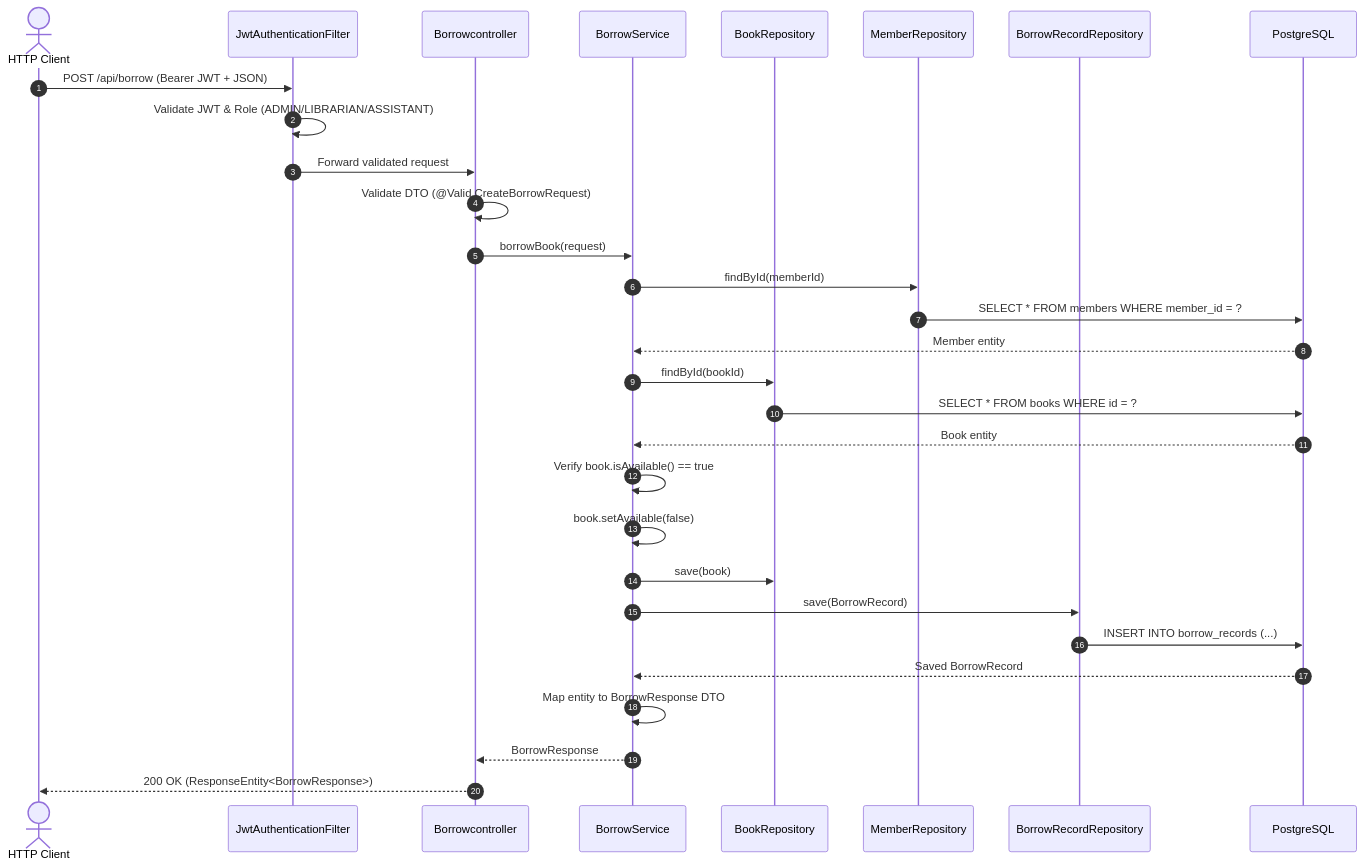
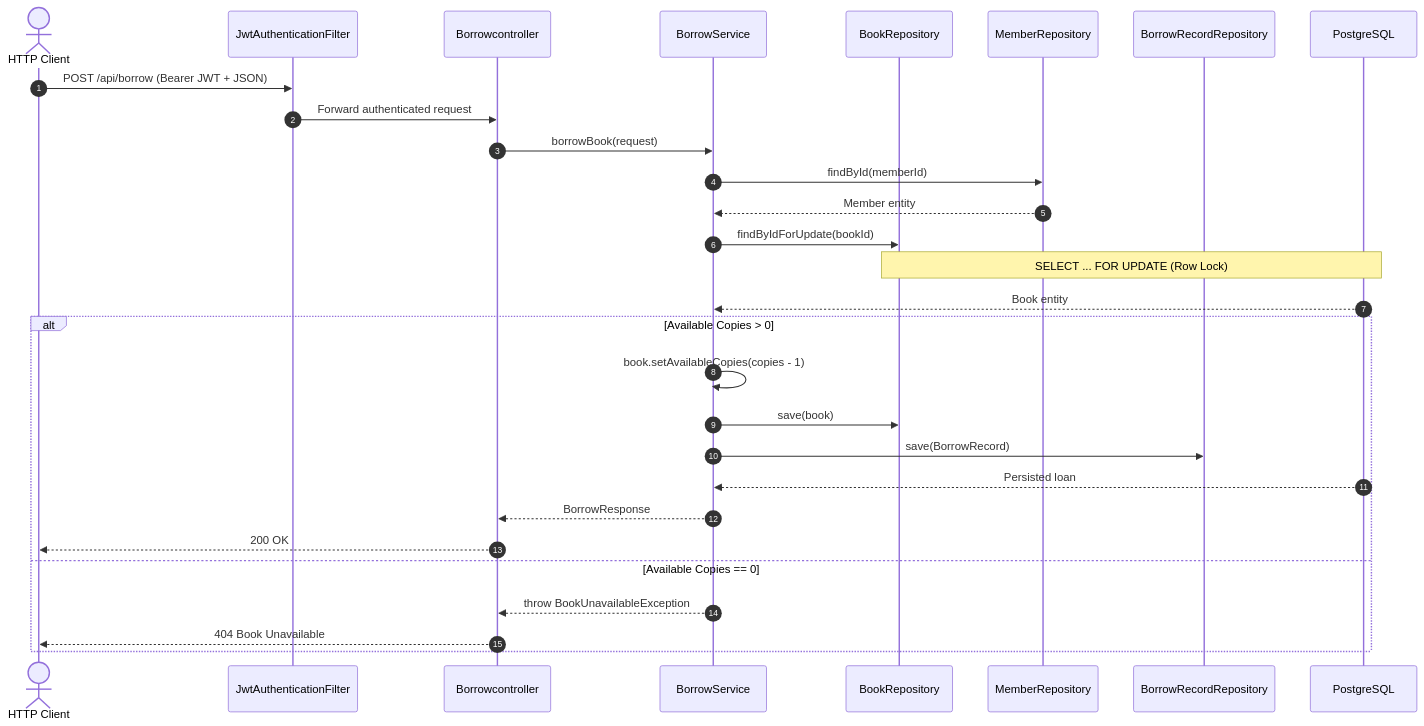
The first of 2 diagrams in docs/ARCHITECTURE.md (gargnikunj991-ux/library_spring), drawn with Mermaid before and after one commit. The commit also changed other lines of this file and 9 other files, not shown here.

````diff
--- a/docs/ARCHITECTURE.md
+++ b/docs/ARCHITECTURE.md
@@ -188,33 +216,32 @@
 ```mermaid
 sequenceDiagram
     autonumber
     actor Client as HTTP Client
     participant Sec as JwtAuthenticationFilter
     participant Ctrl as Borrowcontroller
     participant Svc as BorrowService
     participant BRepo as BookRepository
     participant MRepo as MemberRepository
     participant BrRepo as BorrowRecordRepository
     participant DB as PostgreSQL
 
     Client->>Sec: POST /api/borrow (Bearer JWT + JSON)
-    Sec->>Sec: Validate JWT & Role (ADMIN/LIBRARIAN/ASSISTANT)
-    Sec->>Ctrl: Forward validated request
-    Ctrl->>Ctrl: Validate DTO (@Valid CreateBorrowRequest)
+    Sec->>Ctrl: Forward authenticated request
     Ctrl->>Svc: borrowBook(request)
     Svc->>MRepo: findById(memberId)
-    MRepo->>DB: SELECT * FROM members WHERE member_id = ?
-    DB-->>Svc: Member entity
-    Svc->>BRepo: findById(bookId)
-    BRepo->>DB: SELECT * FROM books WHERE id = ?
+    MRepo-->>Svc: Member entity
+    Svc->>BRepo: findByIdForUpdate(bookId)
+    Note over BRepo,DB: SELECT ... FOR UPDATE (Row Lock)
     DB-->>Svc: Book entity
-    Svc->>Svc: Verify book.isAvailable() == true
-    Svc->>Svc: book.setAvailable(false)
-    Svc->>BRepo: save(book)
-    Svc->>BrRepo: save(BorrowRecord)
-    BrRepo->>DB: INSERT INTO borrow_records (...)
-    DB-->>Svc: Saved BorrowRecord
-    Svc->>Svc: Map entity to BorrowResponse DTO
-    Svc-->>Ctrl: BorrowResponse
-    Ctrl-->>Client: 200 OK (ResponseEntity<BorrowResponse>)
+    alt Available Copies > 0
+        Svc->>Svc: book.setAvailableCopies(copies - 1)
+        Svc->>BRepo: save(book)
+        Svc->>BrRepo: save(BorrowRecord)
+        DB-->>Svc: Persisted loan
+        Svc-->>Ctrl: BorrowResponse
+        Ctrl-->>Client: 200 OK
+    else Available Copies == 0
+        Svc-->>Ctrl: throw BookUnavailableException
+        Ctrl-->>Client: 404 Book Unavailable
+    end
 ```
````
